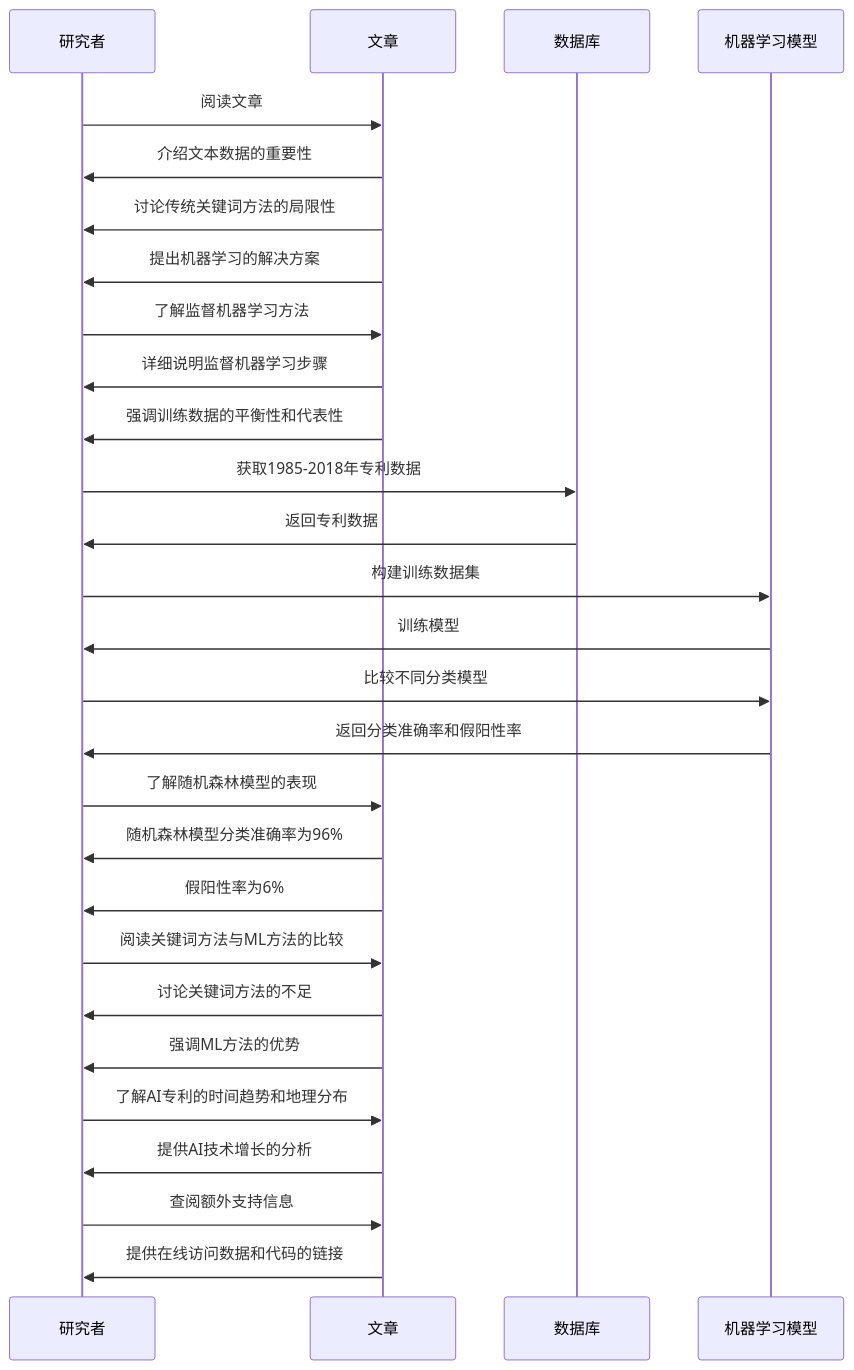
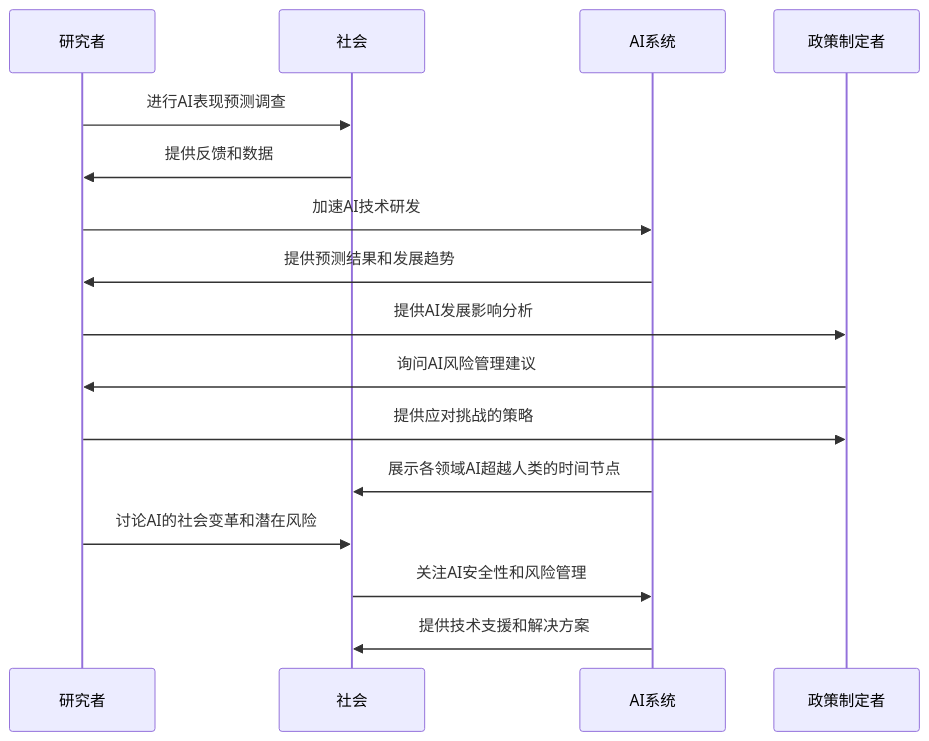
Before and after one commit to Fabreque/charles: the third of 4 diagrams in AI技术类文章.md, drawn with Mermaid. The commit also changed other lines of this file and 2 other files, not shown here.

````diff
--- a/AI技术类文章.md
+++ b/AI技术类文章.md
@@ -201,39 +131,22 @@
 ```mermaid
 sequenceDiagram
     participant R as 研究者
-    participant A as 文章
-    participant D as 数据库
-    participant M as 机器学习模型
+    participant S as 社会
+    participant A as AI系统
+    participant P as 政策制定者
 
-    R->>A: 阅读文章
-    A->>R: 介绍文本数据的重要性
-    A->>R: 讨论传统关键词方法的局限性
-    A->>R: 提出机器学习的解决方案
+    R->>S: 进行AI表现预测调查
+    S->>R: 提供反馈和数据
+    R->>A: 加速AI技术研发
+    A->>R: 提供预测结果和发展趋势
 
-    R->>A: 了解监督机器学习方法
-    A->>R: 详细说明监督机器学习步骤
-    A->>R: 强调训练数据的平衡性和代表性
+    R->>P: 提供AI发展影响分析
+    P->>R: 询问AI风险管理建议
+    R->>P: 提供应对挑战的策略
 
-    R->>D: 获取1985-2018年专利数据
-    D->>R: 返回专利数据
+    A->>S: 展示各领域AI超越人类的时间节点
+    R->>S: 讨论AI的社会变革和潜在风险
 
-    R->>M: 构建训练数据集
-    M->>R: 训练模型
-
-    R->>M: 比较不同分类模型
-    M->>R: 返回分类准确率和假阳性率
-
-    R->>A: 了解随机森林模型的表现
-    A->>R: 随机森林模型分类准确率为96%
-    A->>R: 假阳性率为6%
-
-    R->>A: 阅读关键词方法与ML方法的比较
-    A->>R: 讨论关键词方法的不足
-    A->>R: 强调ML方法的优势
-
-    R->>A: 了解AI专利的时间趋势和地理分布
-    A->>R: 提供AI技术增长的分析
-
-    R->>A: 查阅额外支持信息
-    A->>R: 提供在线访问数据和代码的链接
+    S->>A: 关注AI安全性和风险管理
+    A->>S: 提供技术支援和解决方案
 ```
````
